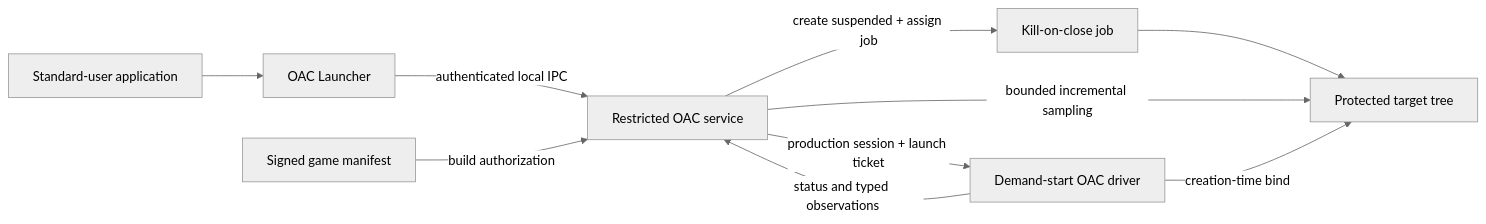
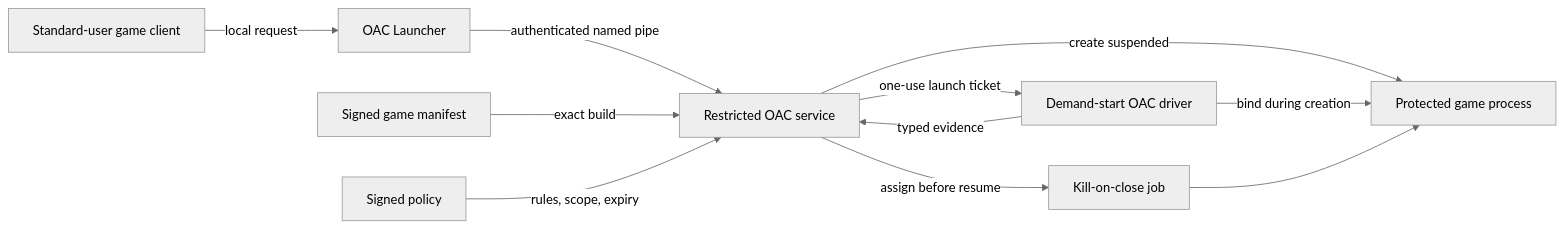
One commit to lauralex/OAC changed the diagram in README.md. Above: the diagram before and after it, drawn with Mermaid (neutral theme). The commit also changed other lines of this file and 31 other files, not shown here.

Commit message:
Add signed policy authorization

````diff
--- a/README.md
+++ b/README.md
@@ -41,12 +24,13 @@
 ```mermaid
 flowchart LR
-    User["Standard-user application"] --> Launcher["OAC Launcher"]
-    Launcher -->|"authenticated local IPC"| Service["Restricted OAC service"]
-    Manifest["Signed game manifest"] -->|"build authorization"| Service
-    Service -->|"production session + launch ticket"| Driver["Demand-start OAC driver"]
-    Service -->|"create suspended + assign job"| Job["Kill-on-close job"]
-    Job --> Target["Protected target tree"]
-    Service -->|"bounded incremental sampling"| Target
-    Driver -->|"creation-time bind"| Target
-    Driver -->|"status and typed observations"| Service
+    Player["Standard-user game client"] -->|"local request"| Launcher["OAC Launcher"]
+    Launcher -->|"authenticated named pipe"| Service["Restricted OAC service"]
+    Manifest["Signed game manifest"] -->|"exact build"| Service
+    Policy["Signed policy"] -->|"rules, scope, expiry"| Service
+    Service -->|"one-use launch ticket"| Driver["Demand-start OAC driver"]
+    Service -->|"create suspended"| Target["Protected game process"]
+    Driver -->|"bind during creation"| Target
+    Service -->|"assign before resume"| Job["Kill-on-close job"]
+    Job --> Target
+    Driver -->|"typed evidence"| Service
 ```
````
